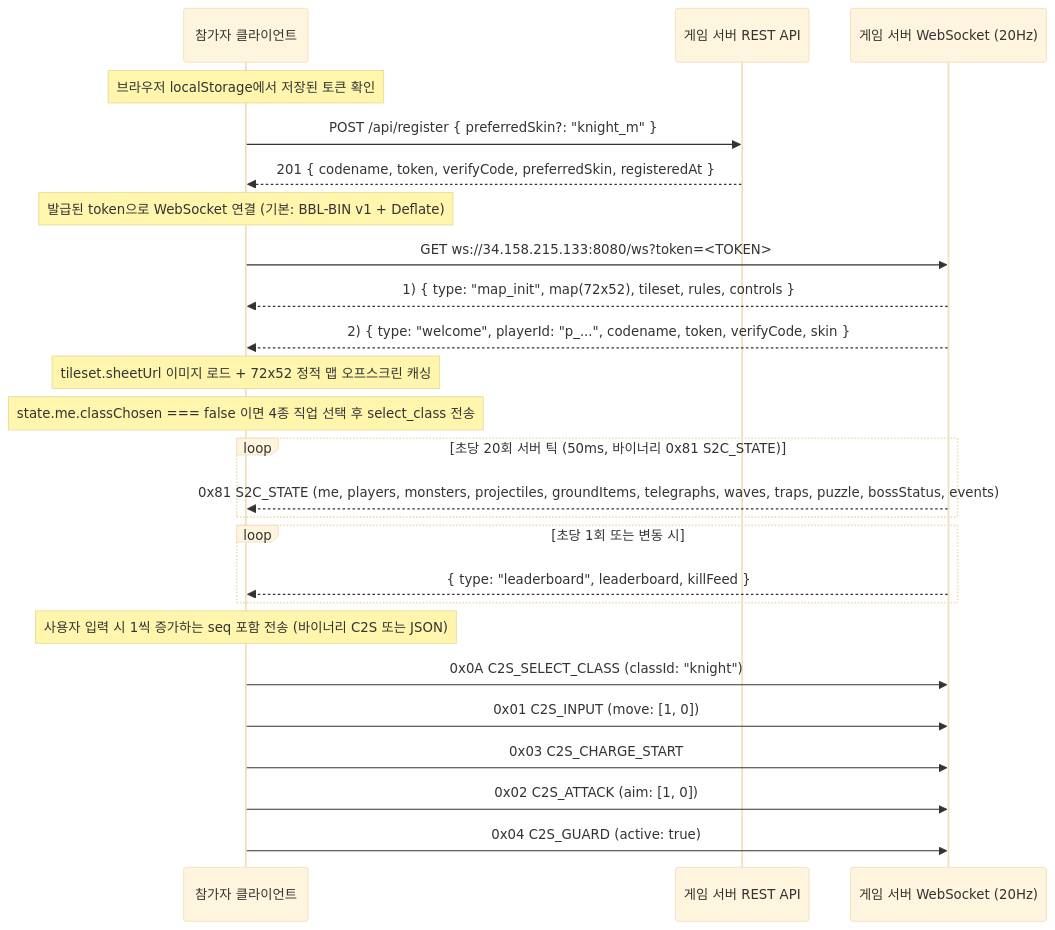
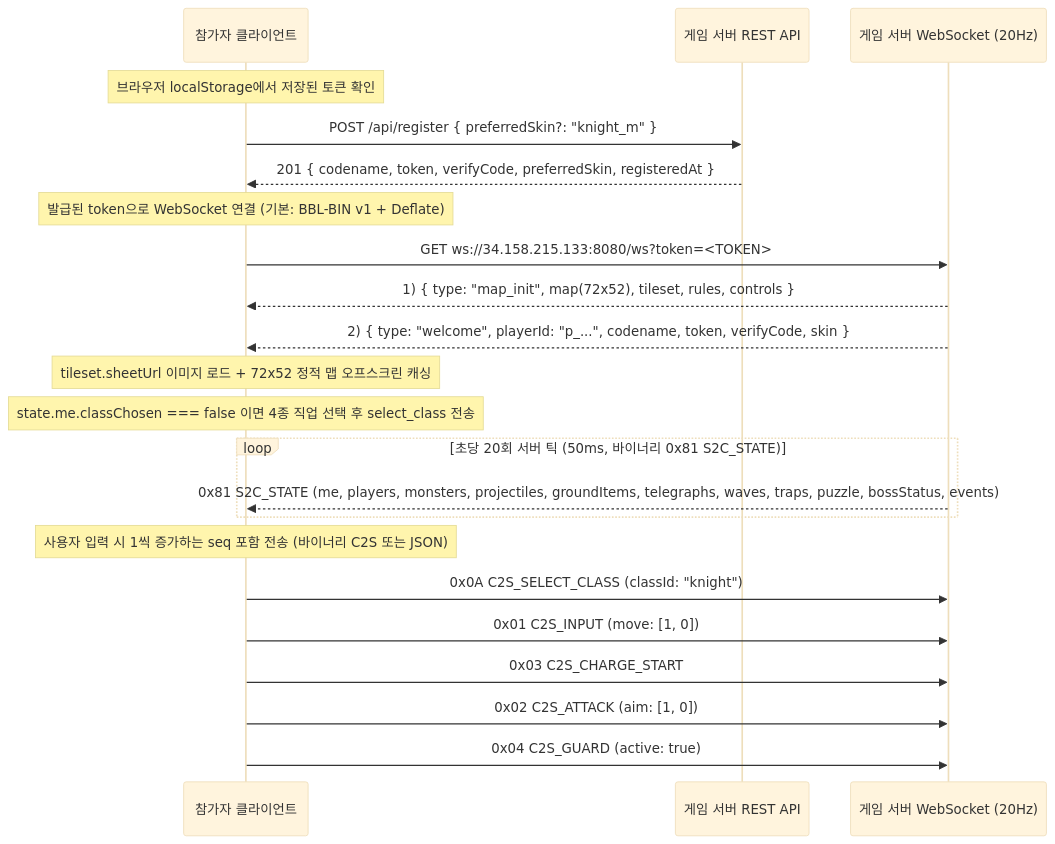
One commit to KennethanCeyer/build-beyond-limits changed the diagram in specs/PROTOCOL.md. Above: the diagram before and after it, drawn with Mermaid (base theme). The commit also changed other lines of this file and 4 other files, not shown here.

````diff
--- a/specs/PROTOCOL.md
+++ b/specs/PROTOCOL.md
@@ -11,32 +11,29 @@
 ```mermaid
 sequenceDiagram
     participant C as 참가자 클라이언트
     participant HTTP as 게임 서버 REST API
     participant WS as 게임 서버 WebSocket (20Hz)
 
     Note over C: 브라우저 localStorage에서 저장된 토큰 확인
     C->>HTTP: POST /api/register { preferredSkin?: "knight_m" }
     HTTP-->>C: 201 { codename, token, verifyCode, preferredSkin, registeredAt }
 
     Note over C: 발급된 token으로 WebSocket 연결 (기본: BBL-BIN v1 + Deflate)
     C->>WS: GET ws://34.158.215.133:8080/ws?token=<TOKEN>
     WS-->>C: 1) { type: "map_init", map(72x52), tileset, rules, controls }
     WS-->>C: 2) { type: "welcome", playerId: "p_...", codename, token, verifyCode, skin }
 
     Note over C: tileset.sheetUrl 이미지 로드 + 72x52 정적 맵 오프스크린 캐싱
     Note over C: state.me.classChosen === false 이면 4종 직업 선택 후 select_class 전송
 
     loop 초당 20회 서버 틱 (50ms, 바이너리 0x81 S2C_STATE)
         WS-->>C: 0x81 S2C_STATE (me, players, monsters, projectiles, groundItems, telegraphs, waves, traps, puzzle, bossStatus, events)
     end
-    loop 초당 1회 또는 변동 시
-        WS-->>C: { type: "leaderboard", leaderboard, killFeed }
-    end
 
     Note over C: 사용자 입력 시 1씩 증가하는 seq 포함 전송 (바이너리 C2S 또는 JSON)
     C->>WS: 0x0A C2S_SELECT_CLASS (classId: "knight")
     C->>WS: 0x01 C2S_INPUT (move: [1, 0])
     C->>WS: 0x03 C2S_CHARGE_START
     C->>WS: 0x02 C2S_ATTACK (aim: [1, 0])
     C->>WS: 0x04 C2S_GUARD (active: true)
 ```
````
